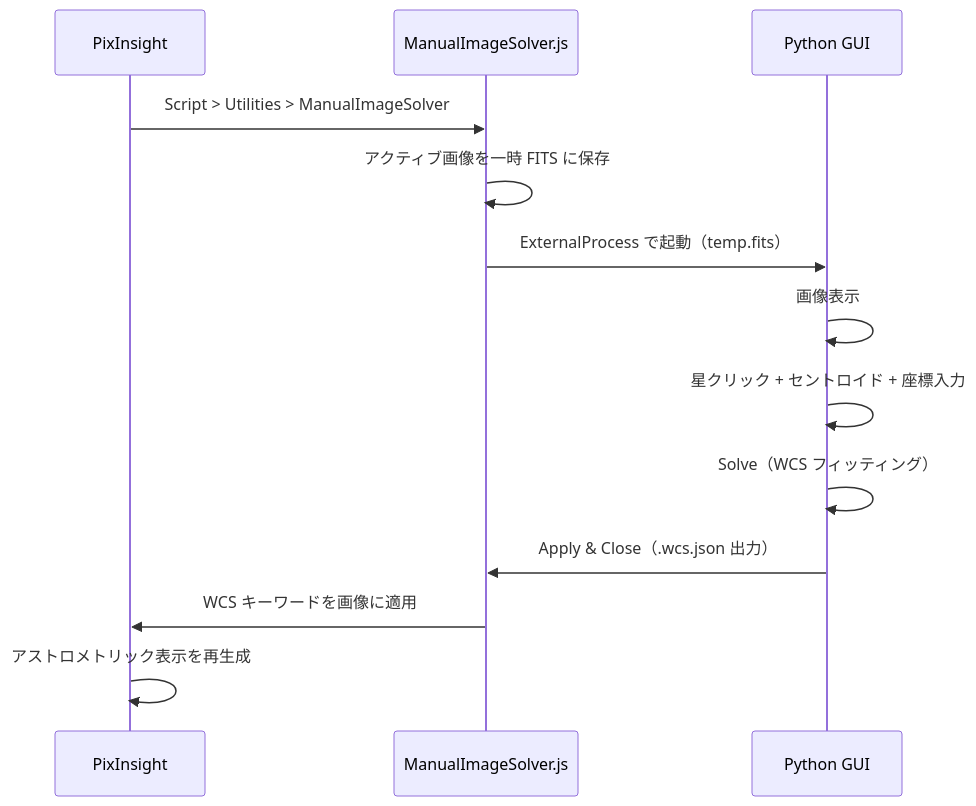
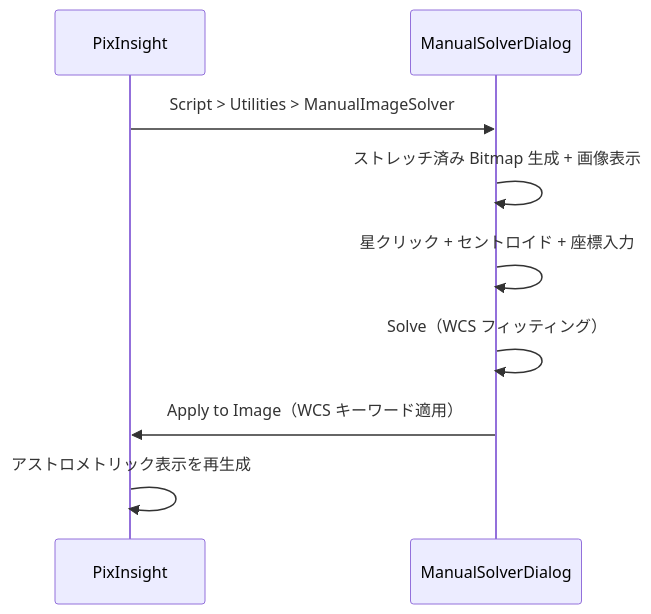
One commit to ysmr3104/manual-image-solver changed the diagram in README.md. Above: the diagram before and after it, drawn with Mermaid. The commit also changed other lines of this file and 24 other files, not shown here.

````diff
--- a/README.md
+++ b/README.md
@@ -11,16 +11,12 @@
 ```mermaid
 sequenceDiagram
     participant PI as PixInsight
-    participant JS as ManualImageSolver.js
-    participant PY as Python GUI
+    participant DLG as ManualSolverDialog
 
-    PI->>JS: Script > Utilities > ManualImageSolver
-    JS->>JS: アクティブ画像を一時 FITS に保存
-    JS->>PY: ExternalProcess で起動（temp.fits）
-    PY->>PY: 画像表示
-    PY->>PY: 星クリック + セントロイド + 座標入力
-    PY->>PY: Solve（WCS フィッティング）
-    PY->>JS: Apply & Close（.wcs.json 出力）
-    JS->>PI: WCS キーワードを画像に適用
+    PI->>DLG: Script > Utilities > ManualImageSolver
+    DLG->>DLG: ストレッチ済み Bitmap 生成 + 画像表示
+    DLG->>DLG: 星クリック + セントロイド + 座標入力
+    DLG->>DLG: Solve（WCS フィッティング）
+    DLG->>PI: Apply to Image（WCS キーワード適用）
     PI->>PI: アストロメトリック表示を再生成
 ```
````
